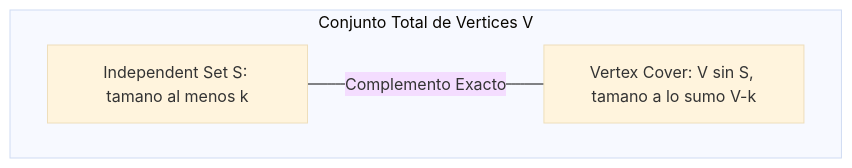
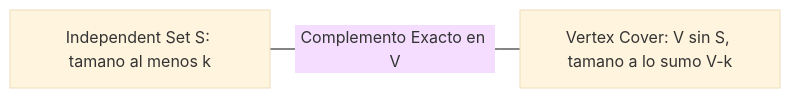
Before and after one commit to nbrian96/tda-2C2026-material: diagram 26 of 30 in guia_tda_parciales.md, drawn with Mermaid (base theme). The commit also changed other lines of this file and 11 other files, not shown here.

Commit message:
fix(visual): resolver sintaxis de diagramas Mermaid en DyC, PL y Flujo con certificacion total 10/10 en navegador

````diff
--- a/guia_tda_parciales.md
+++ b/guia_tda_parciales.md
@@ -4401,8 +4393,4 @@
 ```mermaid
-graph TD
-    subgraph VerticesGrafo [Conjunto Total de Vertices V]
-        IS["Independent Set S: tamano al menos k"]
-        VC["Vertex Cover: V sin S, tamano a lo sumo V-k"]
-        IS ---|Complemento Exacto| VC
-    end
+flowchart LR
+    IS["Independent Set S: tamano al menos k"] ---|Complemento Exacto en V| VC["Vertex Cover: V sin S, tamano a lo sumo V-k"]
 ```
````
